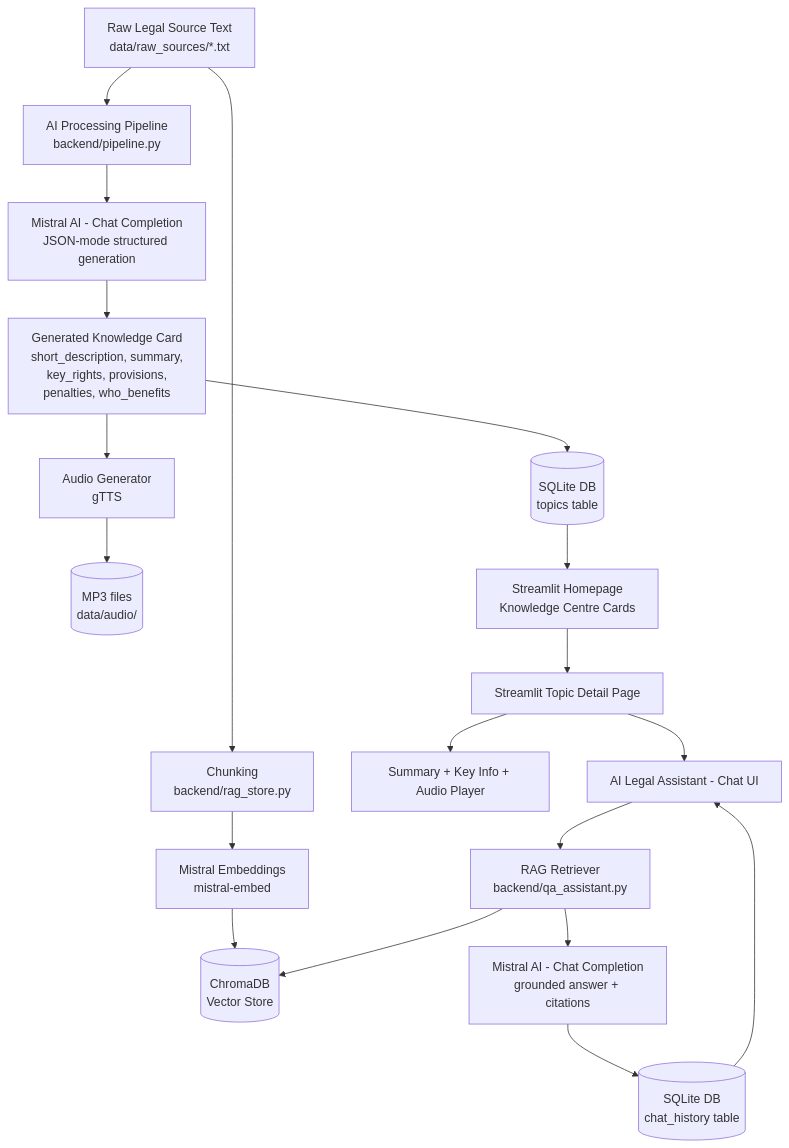
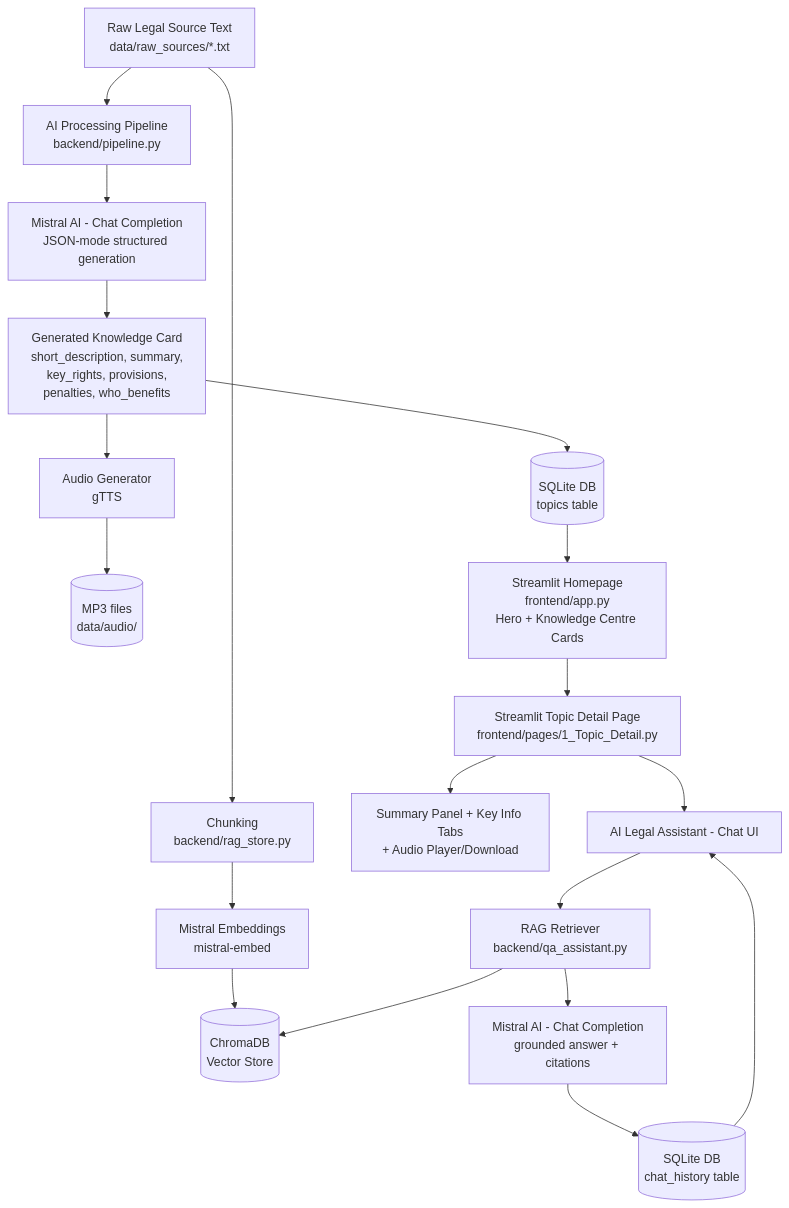
The diagram in ARCHITECTURE.md (Ganeshpawar74/LegalX-AI-Knowledge-Centre), drawn with Mermaid before and after one commit. The commit also changed other lines of this file and 1 other file, not shown here.

````diff
--- a/ARCHITECTURE.md
+++ b/ARCHITECTURE.md
@@ -3,25 +3,25 @@
 ```mermaid
 flowchart TD
     A[Raw Legal Source Text<br/>data/raw_sources/*.txt] --> B[AI Processing Pipeline<br/>backend/pipeline.py]
     B --> C[Mistral AI - Chat Completion<br/>JSON-mode structured generation]
     C --> D[Generated Knowledge Card<br/>short_description, summary,<br/>key_rights, provisions,<br/>penalties, who_benefits]
     D --> E[(SQLite DB<br/>topics table)]
 
     A --> F[Chunking<br/>backend/rag_store.py]
     F --> G[Mistral Embeddings<br/>mistral-embed]
     G --> H[(ChromaDB<br/>Vector Store)]
 
     D --> I[Audio Generator<br/>gTTS]
     I --> J[(MP3 files<br/>data/audio/)]
 
-    E --> K[Streamlit Homepage<br/>Knowledge Centre Cards]
-    K --> L[Streamlit Topic Detail Page]
-    L --> M[Summary + Key Info + Audio Player]
+    E --> K[Streamlit Homepage<br/>frontend/app.py<br/>Hero + Knowledge Centre Cards]
+    K --> L[Streamlit Topic Detail Page<br/>frontend/pages/1_Topic_Detail.py]
+    L --> M[Summary Panel + Key Info Tabs<br/>+ Audio Player/Download]
     L --> N[AI Legal Assistant - Chat UI]
 
     N --> O[RAG Retriever<br/>backend/qa_assistant.py]
     O --> H
     O --> P[Mistral AI - Chat Completion<br/>grounded answer + citations]
     P --> Q[(SQLite DB<br/>chat_history table)]
     Q --> N
 ```
````
